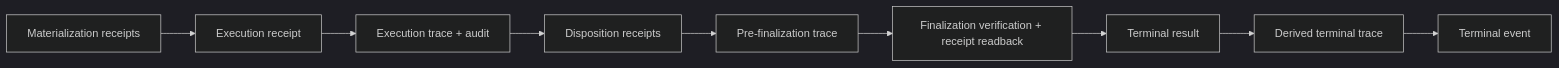
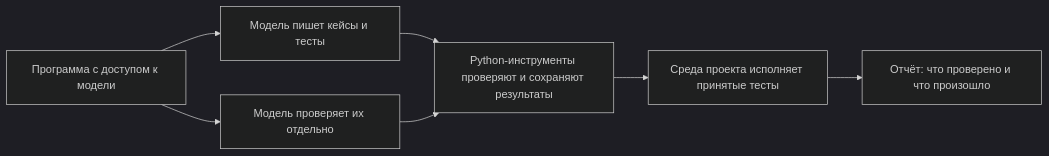
The second of 5 diagrams in docs/pipeline-file-guide-ru.md (IxFire-X/test-skills), drawn with Mermaid (dark theme) before and after one commit. The commit also changed other lines of this file, not shown here.

````diff
--- a/docs/pipeline-file-guide-ru.md
+++ b/docs/pipeline-file-guide-ru.md
@@ -170,11 +83,9 @@
 ```mermaid
 flowchart LR
-    M["Materialization receipts"] --> E["Execution receipt"]
-    E --> T["Execution trace + audit"]
-    T --> D["Disposition receipts"]
-    D --> P["Pre-finalization trace"]
-    P --> V["Finalization verification + receipt readback"]
-    V --> R["Terminal result"]
-    R --> DT["Derived terminal trace"]
-    DT --> TE["Terminal event"]
+    A["Программа с доступом к модели"] --> B["Модель пишет кейсы и тесты"]
+    A --> C["Модель проверяет их отдельно"]
+    B --> D["Python-инструменты проверяют и сохраняют результаты"]
+    C --> D
+    D --> E["Среда проекта исполняет принятые тесты"]
+    E --> F["Отчёт: что проверено и что произошло"]
 ```
````
